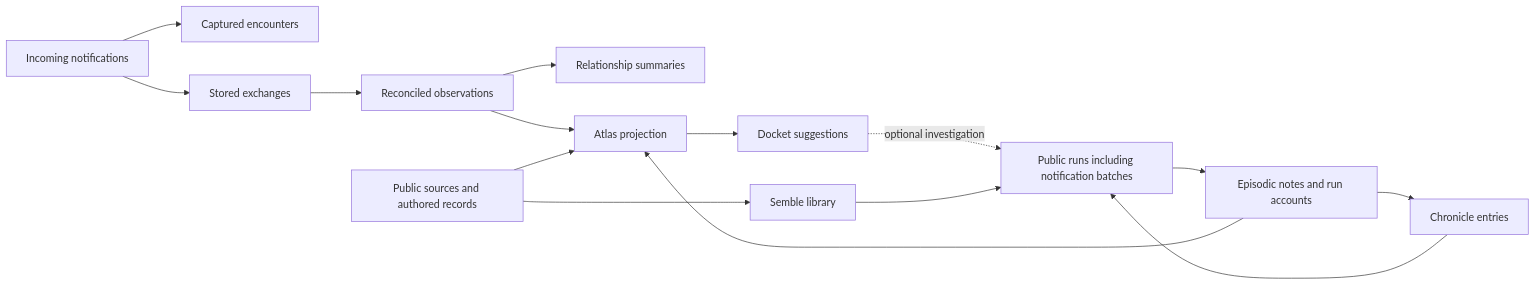
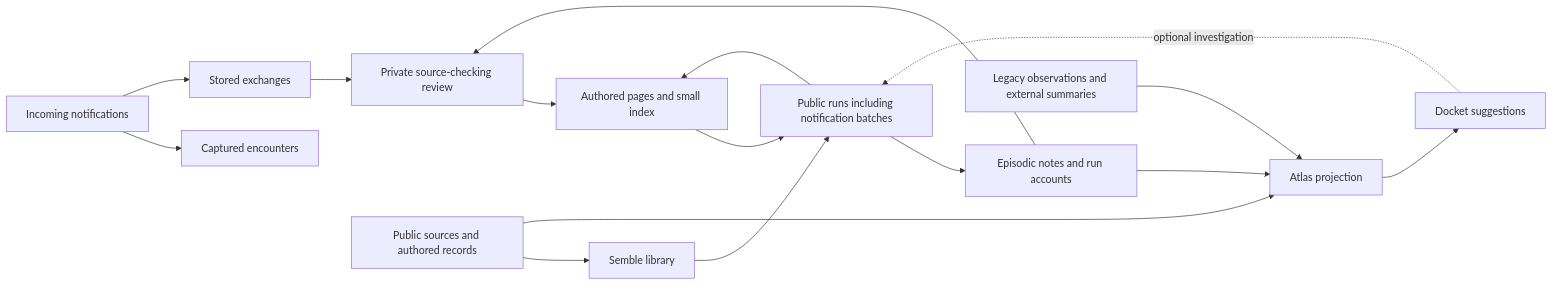
The diagram in docs/memory.md (zzstoatzz/bot), drawn with Mermaid before and after one commit. The commit also changed other lines of this file and 43 other files, not shown here.

First line of the commit message:
Replace memory helper passes with an authored notebook

````diff
--- a/docs/memory.md
+++ b/docs/memory.md
@@ -48,17 +48,18 @@
 ```mermaid
 flowchart LR
     incoming[Incoming notifications] --> encounters[Captured encounters]
     incoming --> exchanges[Stored exchanges]
-    exchanges --> observations[Reconciled observations]
-    observations --> summaries[Relationship summaries]
+    exchanges --> review[Private source-checking review]
     runs[Public runs including notification batches] --> episodic[Episodic notes and run accounts]
-    episodic --> chronicle[Chronicle entries]
-    chronicle --> runs
+    episodic --> review
+    review --> notebook[Authored pages and small index]
+    runs --> notebook
+    notebook --> runs
     authored[Public sources and authored records] --> library[Semble library]
-    observations --> atlas[Atlas projection]
+    legacy[Legacy observations and external summaries] --> atlas[Atlas projection]
     episodic --> atlas
     authored --> atlas
     atlas --> docket[Docket suggestions]
     docket -. optional investigation .-> runs
     library --> runs
 ```
````
